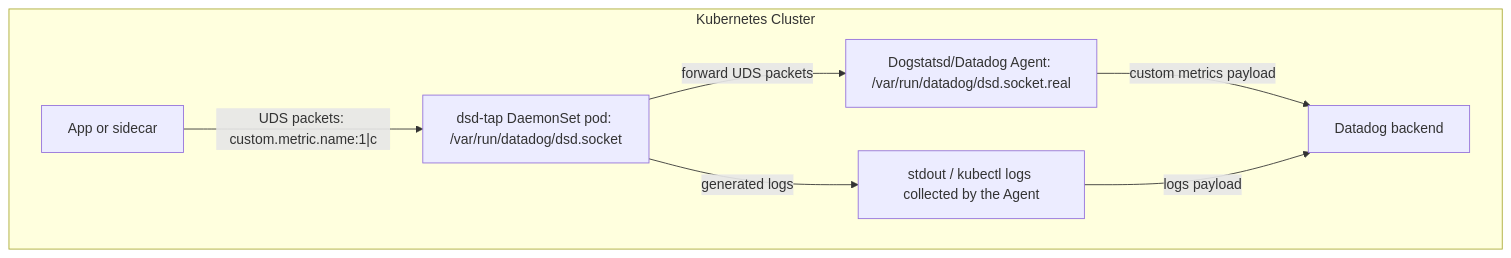
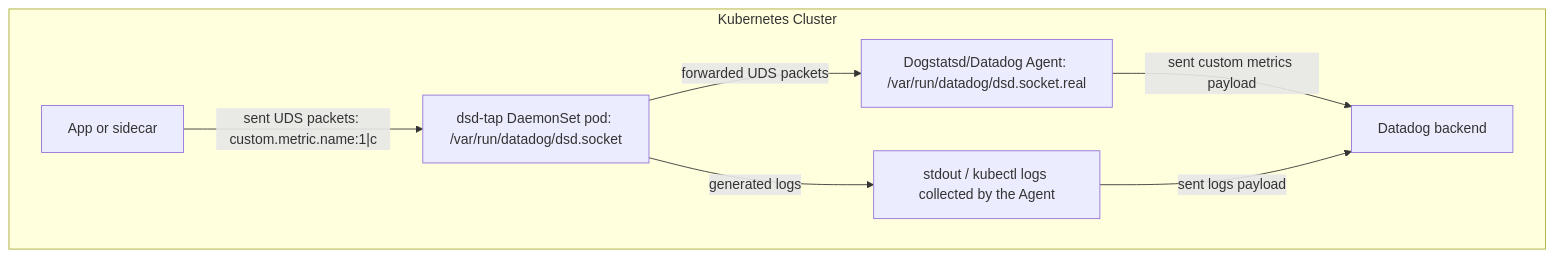
The diagram in README.md (ddalexvea/dsd-tap), drawn with Mermaid before and after one commit.

````diff
--- a/README.md
+++ b/README.md
@@ -14,11 +14,11 @@
 ```mermaid
 graph TD
 
 subgraph Kubernetes Cluster
-  A[App or sidecar] -- "UDS packets: custom.metric.name:1|c" --> B[dsd-tap DaemonSet pod: /var/run/datadog/dsd.socket]
+  A[App or sidecar] -- "sent UDS packets: custom.metric.name:1|c" --> B[dsd-tap DaemonSet pod: /var/run/datadog/dsd.socket]
   B -- "generated logs" --> D[stdout / kubectl logs collected by the Agent]
-  B -- forward UDS packets --> C["Dogstatsd/Datadog Agent: /var/run/datadog/dsd.socket.real"]
-  C -- custom metrics payload --> DD[Datadog backend]
-  D -- logs payload --> DD[Datadog backend]
+  B -- forwarded UDS packets --> C["Dogstatsd/Datadog Agent: /var/run/datadog/dsd.socket.real"]
+  C -- sent custom metrics payload --> DD[Datadog backend]
+  D -- sent logs payload --> DD[Datadog backend]
 end
 ```
````
